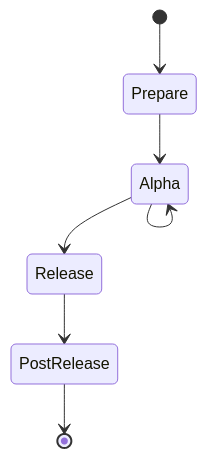
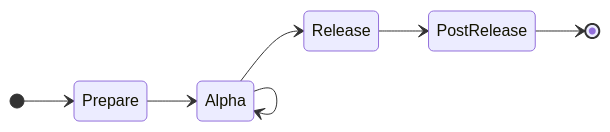
One commit to ocaml/dune changed the second of 2 diagrams in doc/release-process.md. Above: the diagram before and after it, drawn with Mermaid.

````diff
--- a/doc/release-process.md
+++ b/doc/release-process.md
@@ -30,9 +30,10 @@
 ```mermaid
 stateDiagram-v2
+    direction LR
     [*] --> Prepare
     Prepare --> Alpha
     Alpha --> Alpha
     Alpha --> Release
     Release --> PostRelease
     PostRelease --> [*]
 ```
````
